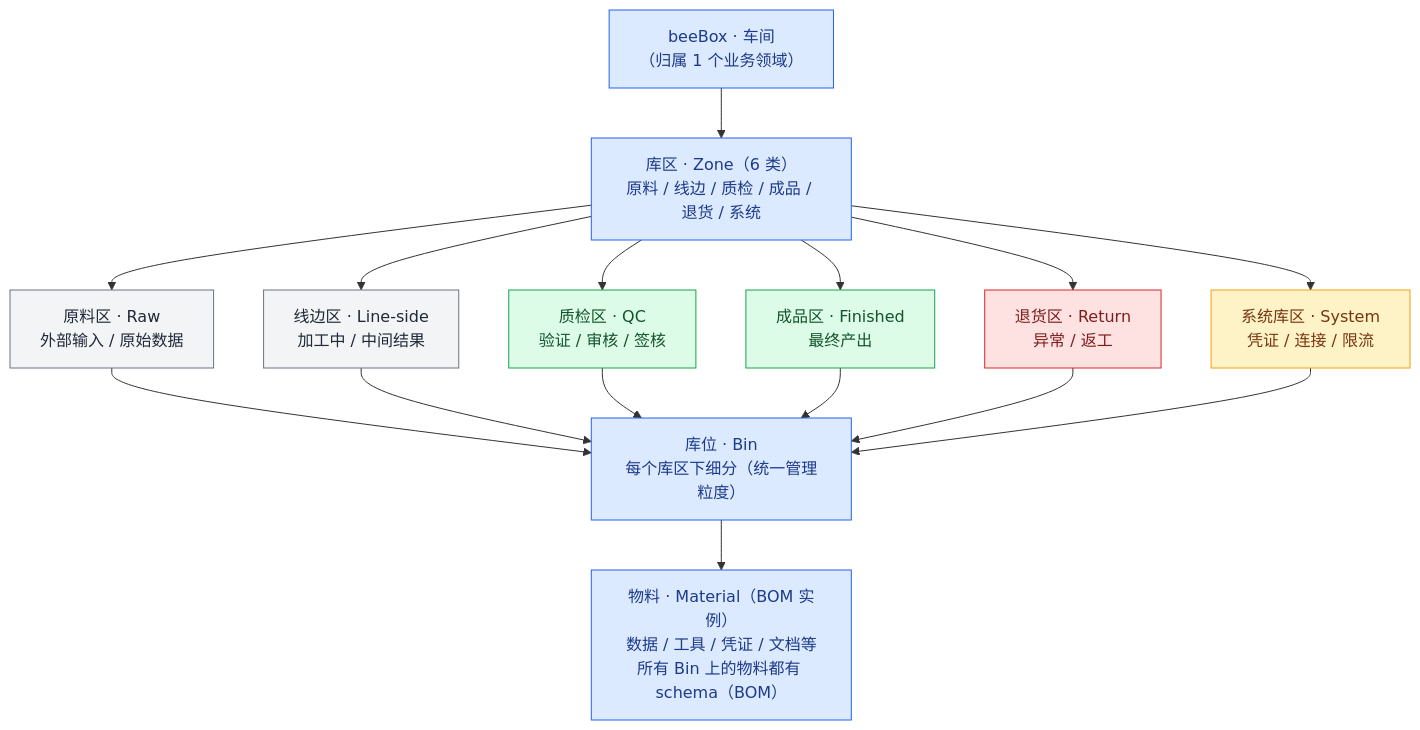
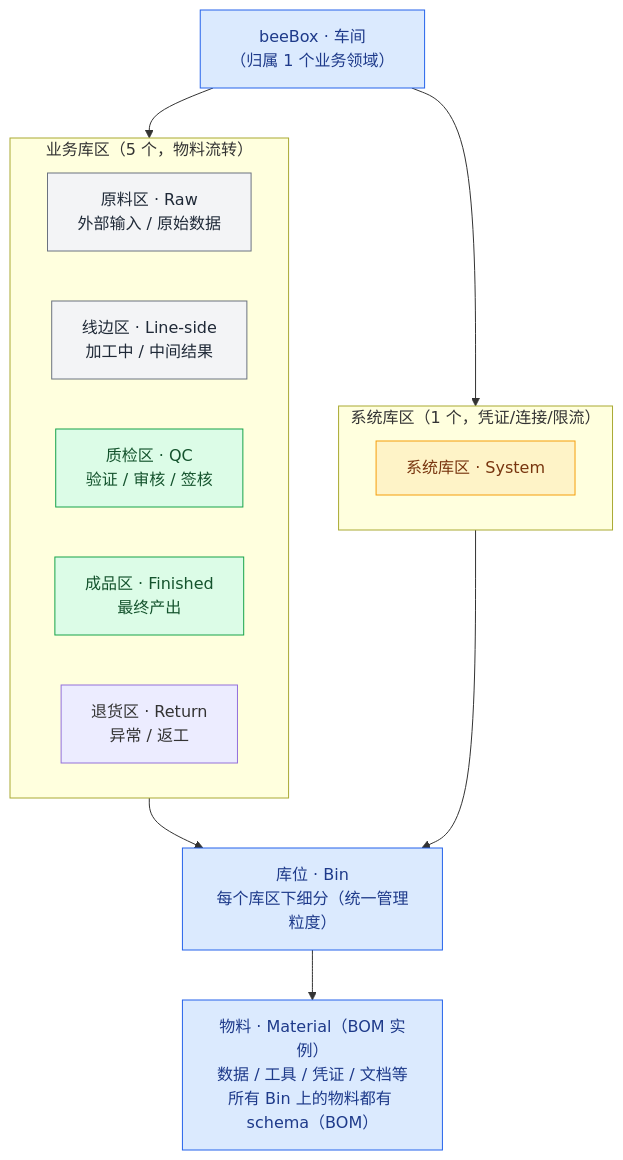
One commit to chehuizi/beeOS changed the third of 4 diagrams in docs/architecture/kernel-design.md. Above: the diagram before and after it, drawn with Mermaid. The commit also changed other lines of this file, not shown here.

Commit message:
docs: 库区明确分 2 类（业务 + 系统）——subgraph 分组展示
之前'6 库区'把系统库区当成第 6 个并列——降级了系统库区特殊性。
按 2 类正交分类：
- 业务库区：5 个（原料/线边/质检/成品/退货，物料流转）
- 系统库区：1 个（凭证/连接/限流，bee 按需调取）

修订：
- §0 一句话：补'2 类库区'分类陈述
- §1 关系总览图：mermaid subgraph 分 bizZones / sysZones 两组
- §4 树形图：mermaid subgraph 分 bizZones / sysZones 两组
- §3.2 文字：5 业务 + 1 系统 → 业务 5 + 系统 1
- §8 已确定清单：6 库区旧表述合并到'2 类'新表述（删重复）
- §3.2 / §3.3 / §4 G 等几处'6 库区'/'含系统'已对齐

subgraph 用法：mermaid 10+ 支持 subgraph 内节点 class 应用

````diff
--- a/docs/architecture/kernel-design.md
+++ b/docs/architecture/kernel-design.md
@@ -170,34 +186,35 @@
 ```mermaid
 graph TB
     beeBox["beeBox · 车间<br/>（归属 1 个业务领域）"]
-    zones["库区 · Zone（6 类）<br/>原料 / 线边 / 质检 / 成品 / 退货 / 系统"]
-    raw["原料区 · Raw<br/>外部输入 / 原始数据"]
-    line["线边区 · Line-side<br/>加工中 / 中间结果"]
-    qc["质检区 · QC<br/>验证 / 审核 / 签核"]
-    finished["成品区 · Finished<br/>最终产出"]
-    return["退货区 · Return<br/>异常 / 返工"]
-    system["系统库区 · System<br/>凭证 / 连接 / 限流"]
     bins["库位 · Bin<br/>每个库区下细分（统一管理粒度）"]
     materials["物料 · Material（BOM 实例）<br/>数据 / 工具 / 凭证 / 文档等<br/>所有 Bin 上的物料都有 schema（BOM）"]
 
-    beeBox --> zones
-    zones --> raw
-    zones --> line
-    zones --> qc
-    zones --> finished
-    zones --> return
-    zones --> system
-    raw & line & qc & finished & return & system --> bins
+    subgraph bizZones["业务库区（5 个，物料流转）"]
+        raw["原料区 · Raw<br/>外部输入 / 原始数据"]
+        line["线边区 · Line-side<br/>加工中 / 中间结果"]
+        qc["质检区 · QC<br/>验证 / 审核 / 签核"]
+        finished["成品区 · Finished<br/>最终产出"]
+        ret["退货区 · Return<br/>异常 / 返工"]
+    end
+
+    subgraph sysZones["系统库区（1 个，凭证/连接/限流）"]
+        system["系统库区 · System"]
+    end
+
+    beeBox --> bizZones
+    beeBox --> sysZones
+    bizZones --> bins
+    sysZones --> bins
     bins --> materials
 
     classDef box fill:#dbeafe,stroke:#2563eb,color:#1e3a8a
     classDef ok fill:#dcfce7,stroke:#16a34a,color:#14532d
     classDef bad fill:#fee2e2,stroke:#dc2626,color:#7f1d1d
     classDef neutral fill:#f3f4f6,stroke:#6b7280,color:#1f2937
     classDef sys fill:#fef3c7,stroke:#f59e0b,color:#78350f
-    class beeBox,zones,bins,materials box
+    class beeBox,bins,materials box
     class raw,line neutral
     class qc,finished ok
     class return bad
     class system sys
 ```
````
